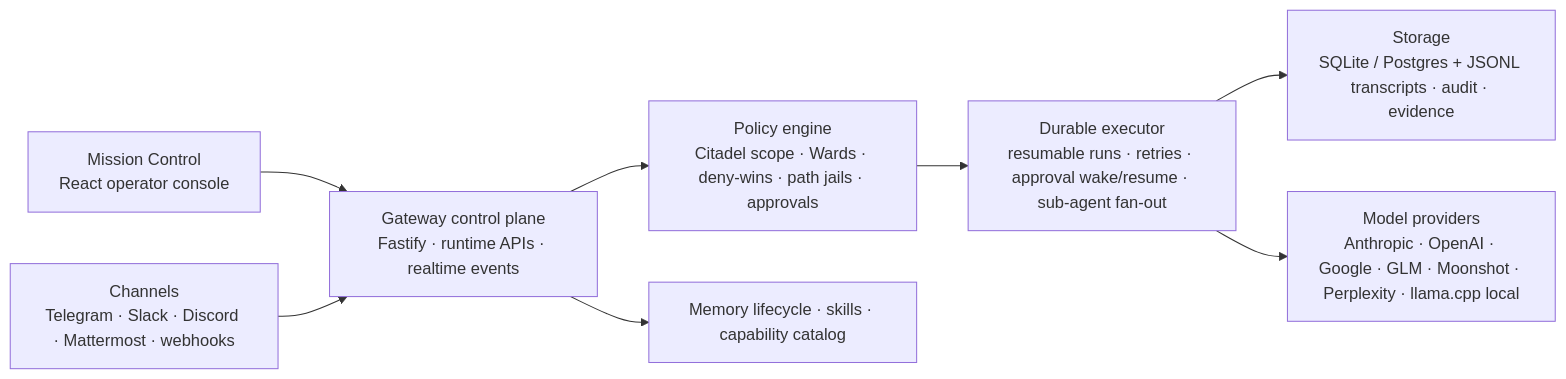
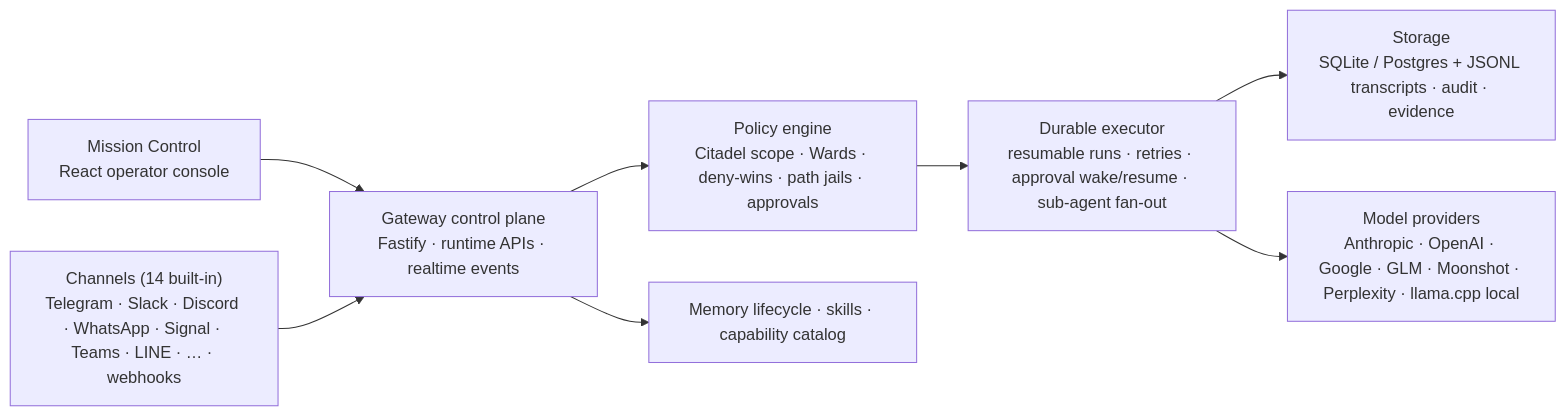
The diagram in README.md (goatcitadel/GoatCitadel), drawn with Mermaid before and after one commit. The commit also changed other lines of this file and 2 other files, not shown here.

````diff
--- a/README.md
+++ b/README.md
@@ -372,12 +373,12 @@
 ```mermaid
 flowchart LR
   MC["Mission Control<br/>React operator console"] --> GW
-  CH["Channels<br/>Telegram · Slack · Discord · Mattermost · webhooks"] --> GW
+  CH["Channels (14 built-in)<br/>Telegram · Slack · Discord · WhatsApp · Signal · Teams · LINE · … · webhooks"] --> GW
   GW["Gateway control plane<br/>Fastify · runtime APIs · realtime events"] --> POL
   POL["Policy engine<br/>Citadel scope · Wards · deny-wins · path jails · approvals"] --> DUR
   GW --> MEM["Memory lifecycle · skills · capability catalog"]
   DUR["Durable executor<br/>resumable runs · retries · approval wake/resume · sub-agent fan-out"] --> ST
   DUR --> PRV
   ST["Storage<br/>SQLite / Postgres + JSONL transcripts · audit · evidence"]
   PRV["Model providers<br/>Anthropic · OpenAI · Google · GLM · Moonshot · Perplexity · llama.cpp local"]
 ```
````
